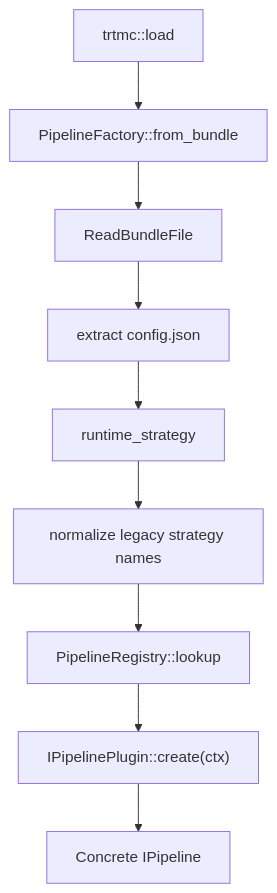
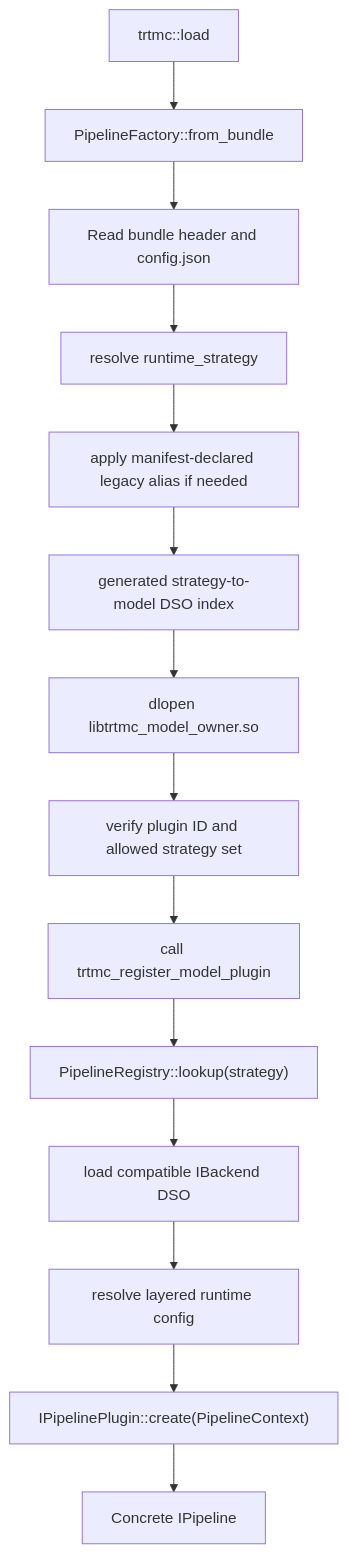
One commit to AbishekCoder1/TensorRT-Model-Connect changed the first of 2 diagrams in website/docs/architecture/runtime-plugins.md. Above: the diagram before and after it, drawn with Mermaid. The commit also changed other lines of this file and 83 other files, not shown here.

````diff
--- a/website/docs/architecture/runtime-plugins.md
+++ b/website/docs/architecture/runtime-plugins.md
@@ -11,11 +25,16 @@
 ```mermaid
 flowchart TD
   Load["trtmc::load"] --> Factory["PipelineFactory::from_bundle"]
-  Factory --> Bundle["ReadBundleFile"]
-  Bundle --> Config["extract config.json"]
-  Config --> Strategy["runtime_strategy"]
-  Strategy --> Normalize["normalize legacy strategy names"]
-  Normalize --> Lookup["PipelineRegistry::lookup"]
-  Lookup --> Create["IPipelinePlugin::create(ctx)"]
+  Factory --> Header["Read bundle header and config.json"]
+  Header --> Strategy["resolve runtime_strategy"]
+  Strategy --> Legacy["apply manifest-declared legacy alias if needed"]
+  Legacy --> Index["generated strategy-to-model DSO index"]
+  Index --> DSO["dlopen libtrtmc_model_owner.so"]
+  DSO --> Verify["verify plugin ID and allowed strategy set"]
+  Verify --> Register["call trtmc_register_model_plugin"]
+  Register --> Lookup["PipelineRegistry::lookup(strategy)"]
+  Lookup --> Backend["load compatible IBackend DSO"]
+  Backend --> Config["resolve layered runtime config"]
+  Config --> Create["IPipelinePlugin::create(PipelineContext)"]
   Create --> Pipe["Concrete IPipeline"]
 ```
````
